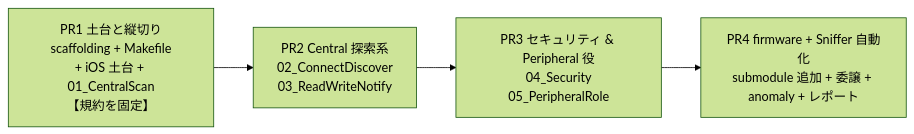
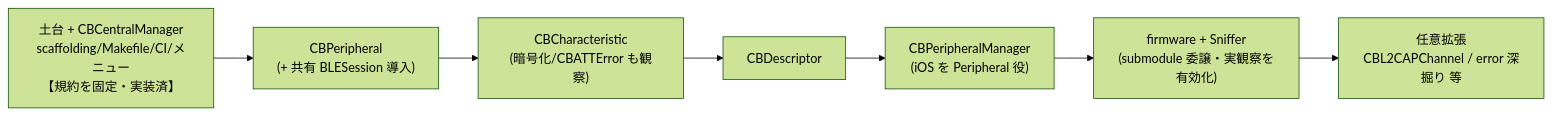
One commit to kokiTakashiki/CoreBluetoothPlayground changed the sixth of 10 diagrams in docs/IMPLEMENTATION_PLAN.md. Above: the diagram before and after it, drawn with Mermaid (forest theme). The commit also changed other lines of this file and 9 other files, not shown here.

First line of the commit message:
PR1: インターフェース単位へ再編（CBCentralManager 命名 / docs 同期）

````diff
--- a/docs/IMPLEMENTATION_PLAN.md
+++ b/docs/IMPLEMENTATION_PLAN.md
@@ -244,9 +262,11 @@
 ```mermaid
 graph LR
-    PR1["PR1 土台と縦切り<br/>scaffolding + Makefile<br/>+ iOS 土台 + 01_CentralScan<br/>【規約を固定】"]
-    PR2["PR2 Central 探索系<br/>02_ConnectDiscover<br/>03_ReadWriteNotify"]
-    PR3["PR3 セキュリティ & Peripheral 役<br/>04_Security<br/>05_PeripheralRole"]
-    PR4["PR4 firmware + Sniffer 自動化<br/>submodule 追加 + 委譲 + anomaly + レポート"]
-
-    PR1 --> PR2 --> PR3 --> PR4
+    F["土台 + CBCentralManager<br/>scaffolding/Makefile/CI/メニュー<br/>【規約を固定・実装済】"]
+    P["CBPeripheral<br/>(+ 共有 BLESession 導入)"]
+    C["CBCharacteristic<br/>(暗号化/CBATTError も観察)"]
+    D["CBDescriptor"]
+    PM["CBPeripheralManager<br/>(iOS を Peripheral 役)"]
+    FW["firmware + Sniffer<br/>(submodule 委譲・実観察を有効化)"]
+    EXT["任意拡張<br/>CBL2CAPChannel / error 深掘り 等"]
+    F --> P --> C --> D --> PM --> FW --> EXT
 ```
````
